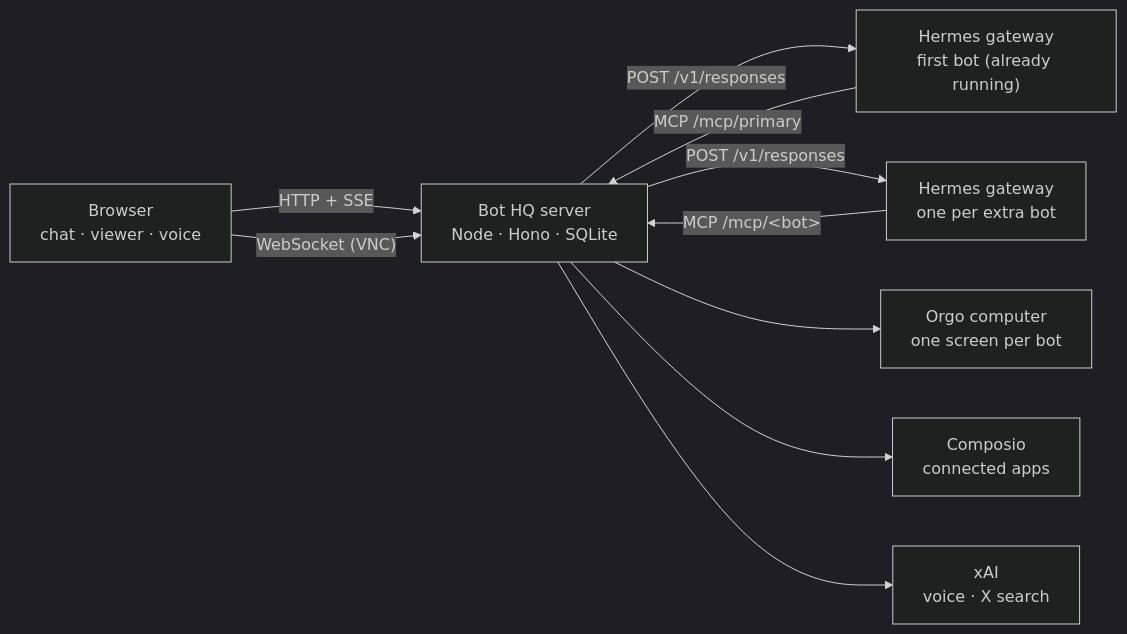
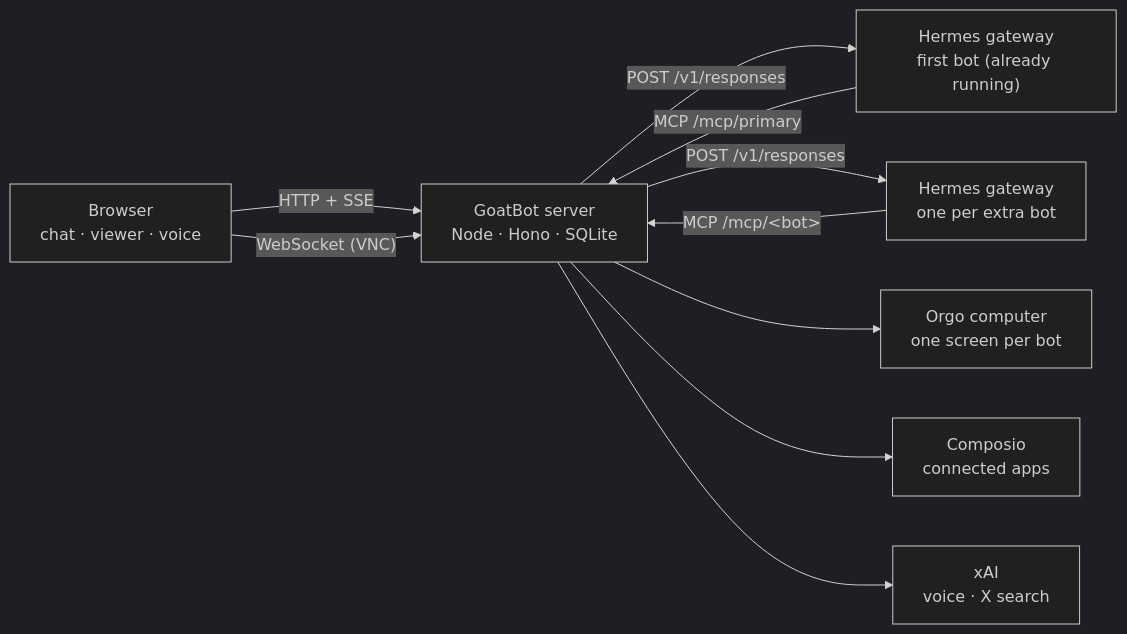
The diagram in README.md (BertoSolis98/GOATBOT), drawn with Mermaid (dark theme) before and after one commit. The commit also changed other lines of this file and 5 other files, not shown here.

First line of the commit message:
Update README, LICENSE and notices for GoatBot

````diff
--- a/README.md
+++ b/README.md
@@ -66,12 +50,12 @@
 ```mermaid
 flowchart LR
-  B["Browser<br/>chat · viewer · voice"] -- "HTTP + SSE" --> S["Bot HQ server<br/>Node · Hono · SQLite"]
+  B["Browser<br/>chat · viewer · voice"] -- "HTTP + SSE" --> S["GoatBot server<br/>Node · Hono · SQLite"]
   B -- "WebSocket (VNC)" --> S
   S -- "POST /v1/responses" --> H1["Hermes gateway<br/>first bot (already running)"]
   S -- "POST /v1/responses" --> H2["Hermes gateway<br/>one per extra bot"]
   H1 -- "MCP /mcp/primary" --> S
   H2 -- "MCP /mcp/&lt;bot&gt;" --> S
   S --> O["Orgo computer<br/>one screen per bot"]
   S --> C["Composio<br/>connected apps"]
   S --> X["xAI<br/>voice · X search"]
 ```
````
